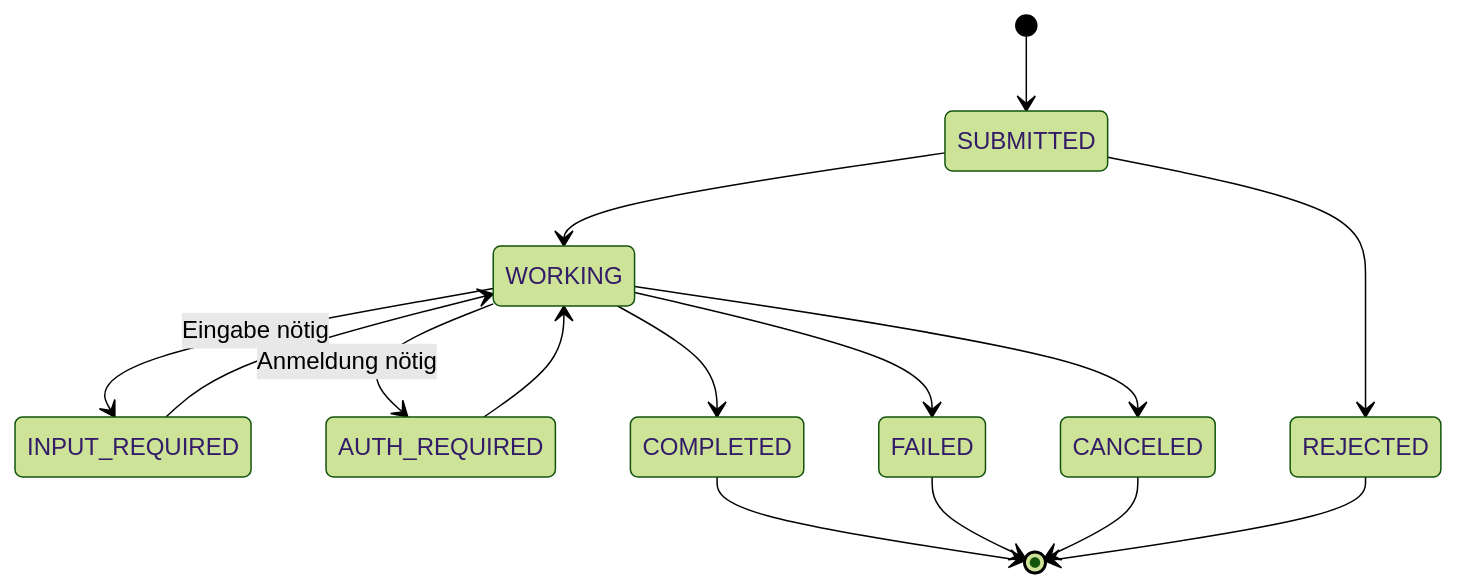
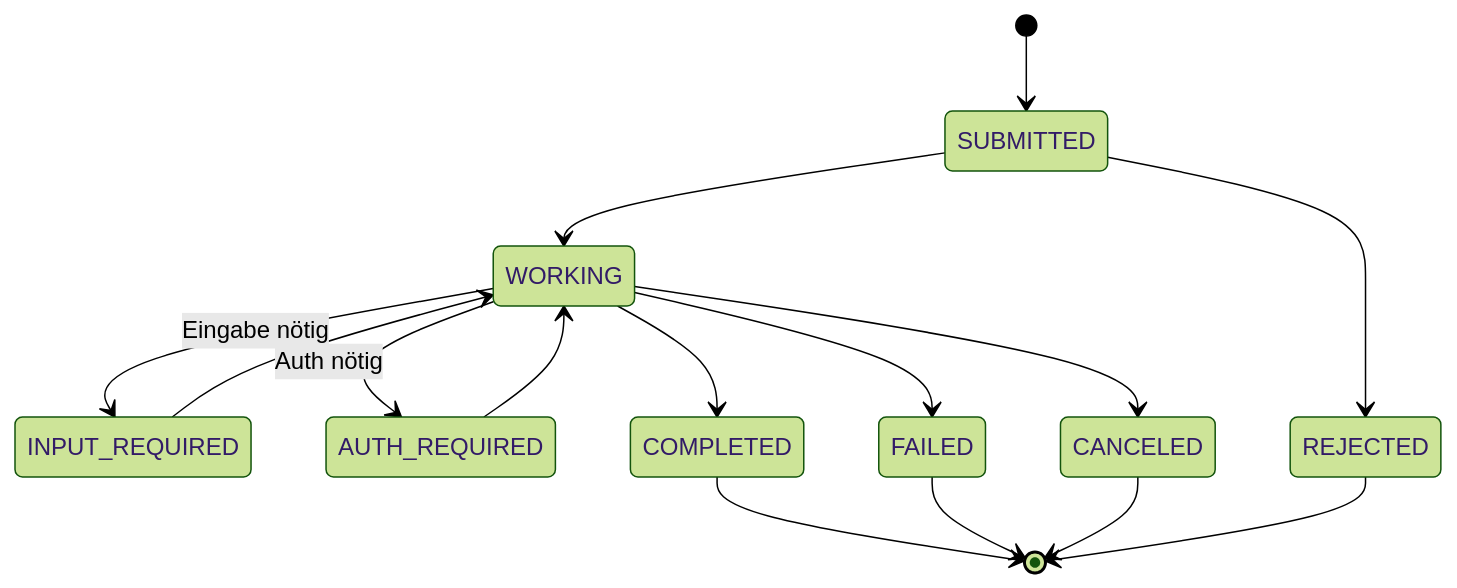
Before and after one commit to org-felix-paul/felix-paul-website: the sixth of 13 diagrams in src/blog/content/posts/agentic-protocols-compared.md, drawn with Mermaid (forest theme). The commit also changed other lines of this file, not shown here.

````diff
--- a/src/blog/content/posts/agentic-protocols-compared.md
+++ b/src/blog/content/posts/agentic-protocols-compared.md
@@ -454,17 +454,17 @@
 ```mermaid
 stateDiagram-v2
     [*] --> SUBMITTED
     SUBMITTED --> WORKING
     WORKING --> INPUT_REQUIRED: Eingabe nötig
     INPUT_REQUIRED --> WORKING
-    WORKING --> AUTH_REQUIRED: Anmeldung nötig
+    WORKING --> AUTH_REQUIRED: Auth nötig
     AUTH_REQUIRED --> WORKING
     WORKING --> COMPLETED
     WORKING --> FAILED
     WORKING --> CANCELED
     SUBMITTED --> REJECTED
     COMPLETED --> [*]
     FAILED --> [*]
     CANCELED --> [*]
     REJECTED --> [*]
 ```
````
